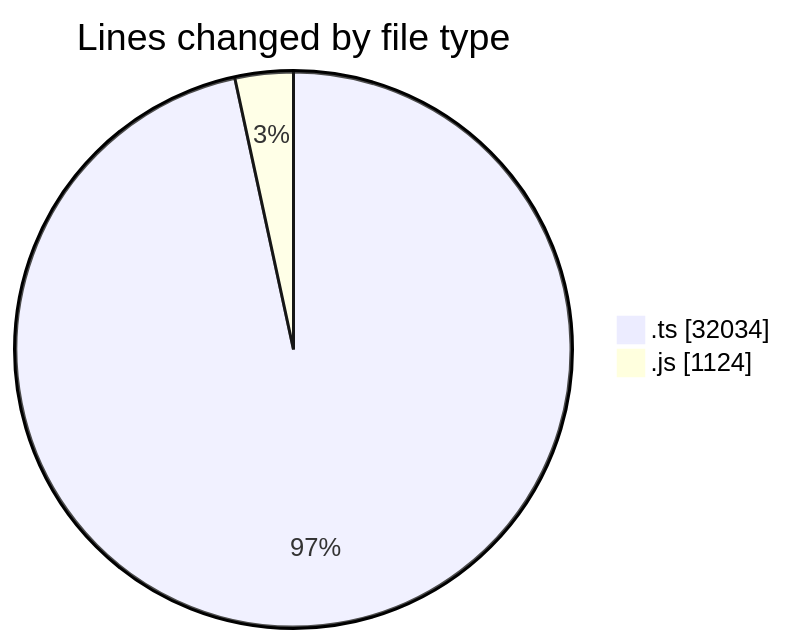
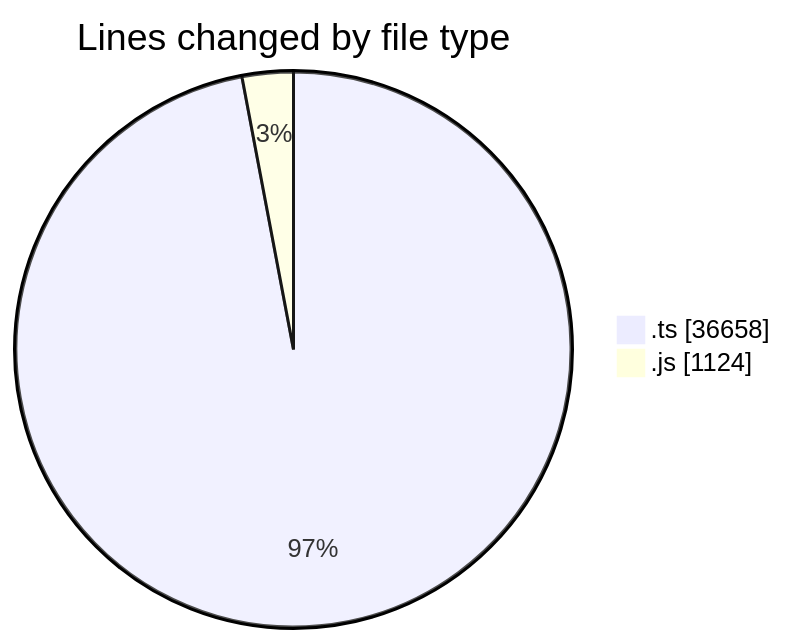
One commit to momahboobian/code-tracking changed the first of 2 diagrams in 2026-10-23/cda/README.md. Above: the diagram before and after it, drawn with Mermaid. The commit also changed other lines of this file and 1 other file, not shown here.

````diff
--- a/2026-10-23/cda/README.md
+++ b/2026-10-23/cda/README.md
@@ -30,6 +30,6 @@
 ```mermaid
 pie showData
 title Lines changed by file type
-".ts" : 32034
+".ts" : 36658
 ".js" : 1124
 ```
````
